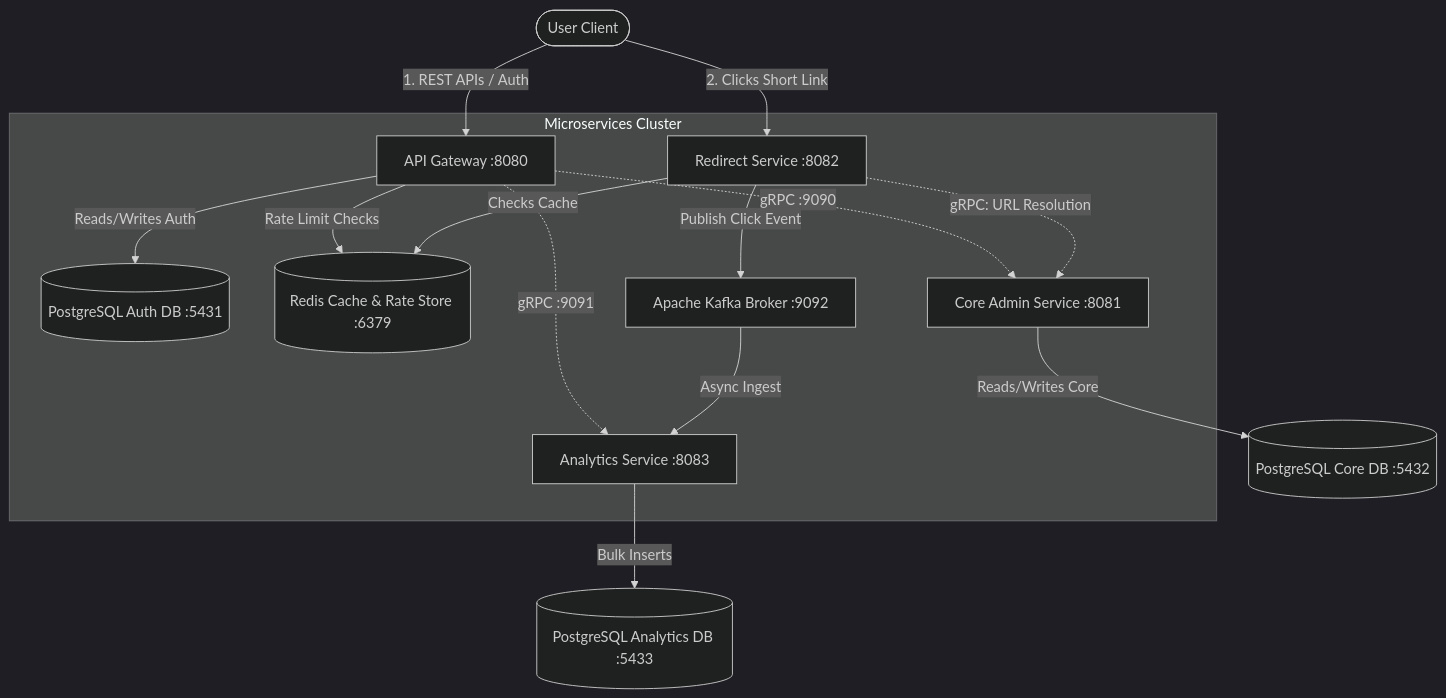
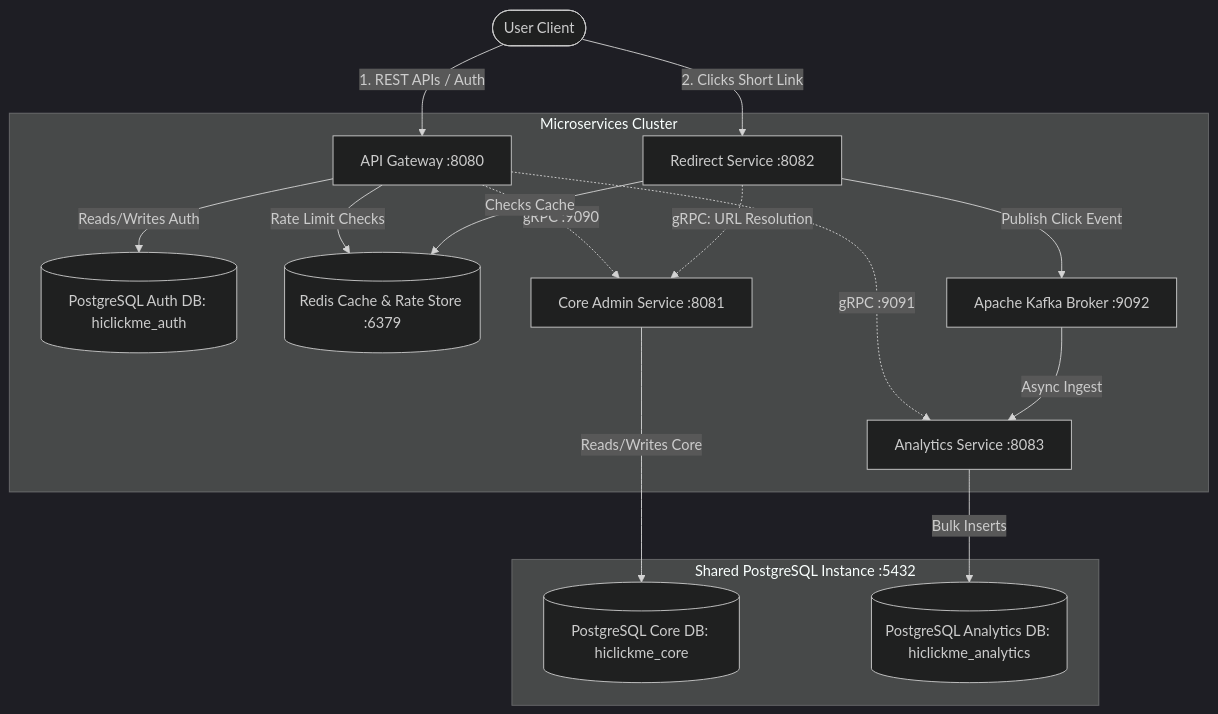
Before and after one commit to TheFastest599/url-shortener: the first of 3 diagrams in docs/url_shortener_design_doc.md, drawn with Mermaid (dark theme). The commit also changed other lines of this file and 6 other files, not shown here.

````diff
--- a/docs/url_shortener_design_doc.md
+++ b/docs/url_shortener_design_doc.md
@@ -50,25 +50,31 @@
 ```mermaid
 graph TD
     User([User Client]) -->|1. REST APIs / Auth| API_Gateway[API Gateway :8080]
     User -->|2. Clicks Short Link| MS_Redirect[Redirect Service :8082]
     
     subgraph Microservices Cluster
         %% API Gateway & Auth
-        API_Gateway -->|Reads/Writes Auth| DB_Auth[(PostgreSQL Auth DB :5431)]
+        API_Gateway -->|Reads/Writes Auth| DB_Auth[(PostgreSQL Auth DB: hiclickme_auth)]
         API_Gateway -->|Rate Limit Checks| Redis_Shared[(Redis Cache & Rate Store :6379)]
         
         %% gRPC Channels
         API_Gateway -.->|gRPC :9090| MS_Core[Core Admin Service :8081]
         API_Gateway -.->|gRPC :9091| MS_Analytics[Analytics Service :8083]
         
         %% Redirect Service
         MS_Redirect -->|Checks Cache| Redis_Shared
         MS_Redirect -.->|gRPC: URL Resolution| MS_Core
         MS_Redirect -->|Publish Click Event| KafkaBroker[Apache Kafka Broker :9092]
     end
     
+    subgraph Shared PostgreSQL Instance :5432
+        DB_Auth
+        DB_Core[(PostgreSQL Core DB: hiclickme_core)]
+        DB_Analytics[(PostgreSQL Analytics DB: hiclickme_analytics)]
+    end
+    
     %% Core & Analytics DBs
-    MS_Core -->|Reads/Writes Core| DB_Core[(PostgreSQL Core DB :5432)]
+    MS_Core -->|Reads/Writes Core| DB_Core
     KafkaBroker -->|Async Ingest| MS_Analytics
-    MS_Analytics -->|Bulk Inserts| DB_Analytics[(PostgreSQL Analytics DB :5433)]
+    MS_Analytics -->|Bulk Inserts| DB_Analytics
 ```
````
